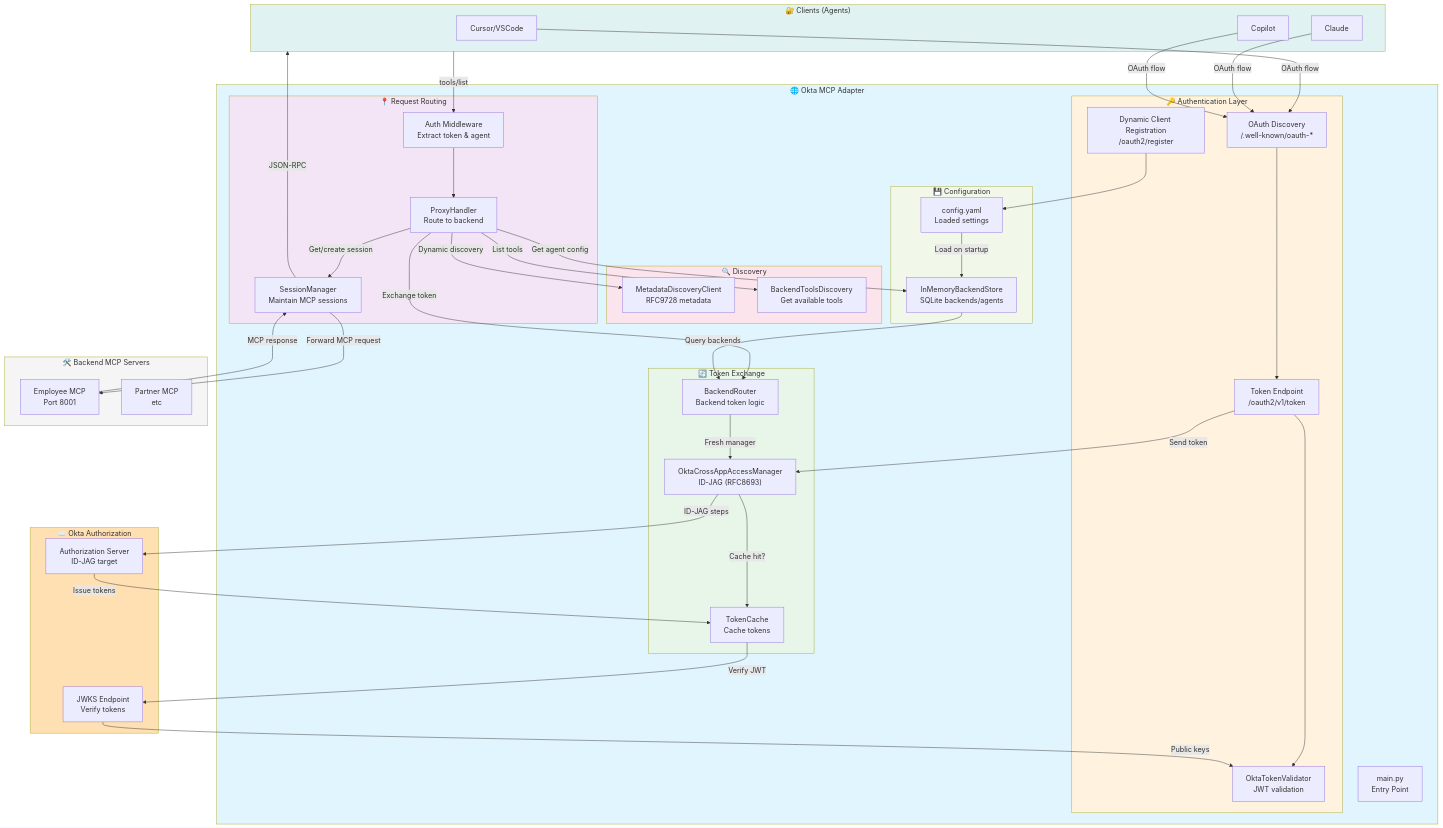
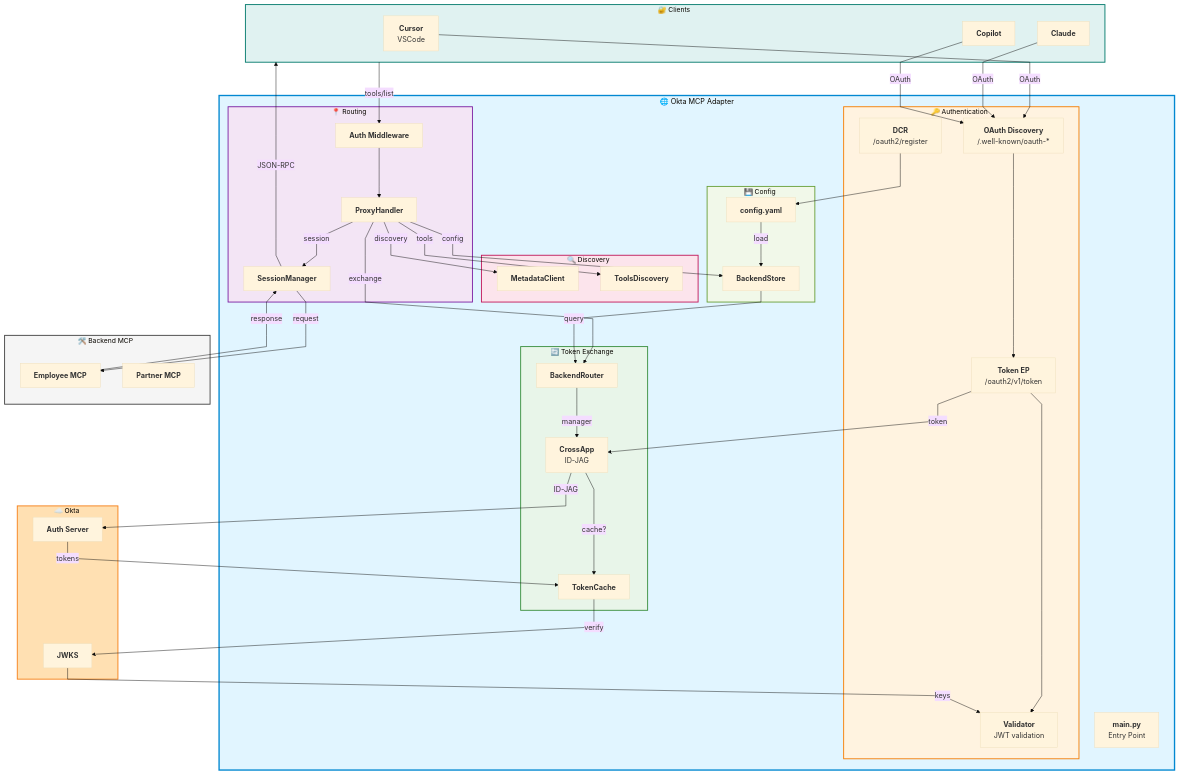
Before and after one commit to indranilokg/okta-agent-mcp-adapter: the first of 4 diagrams in GATEWAY_ARCHITECTURE.md, drawn with Mermaid. The commit also changed other lines of this file and 2 other files, not shown here.

Commit message:
Sequence Flow

````diff
--- a/GATEWAY_ARCHITECTURE.md
+++ b/GATEWAY_ARCHITECTURE.md
@@ -5,97 +5,96 @@
 ```mermaid
+%%{init: {'flowchart': {'htmlLabels': true, 'curve': 'linear'}, 'theme': 'base', 'primaryColor': '#e1f5ff', 'primaryTextColor': '#000', 'fontSize': '18px'}}%%
 graph TB
-    subgraph Clients["🔐 Clients (Agents)"]
-        Cursor["Cursor/VSCode"]
-        Claude["Claude"]
-        Copilot["Copilot"]
+    subgraph Clients["🔐 Clients"]
+        Cursor["<b>Cursor</b><br/>VSCode"]
+        Claude["<b>Claude</b>"]
+        Copilot["<b>Copilot</b>"]
     end
 
     subgraph Adapter["🌐 Okta MCP Adapter"]
-        Main["main.py<br/>Entry Point"]
+        Main["<b>main.py</b><br/>Entry Point"]
         
-        subgraph Auth["🔑 Authentication Layer"]
-            OAuthDisc["OAuth Discovery<br/>/.well-known/oauth-*"]
-            DCR["Dynamic Client Registration<br/>/oauth2/register"]
-            TokenEP["Token Endpoint<br/>/oauth2/v1/token"]
-            Validator["OktaTokenValidator<br/>JWT validation"]
+        subgraph Auth["🔑 Authentication"]
+            OAuthDisc["<b>OAuth Discovery</b><br/>/.well-known/oauth-*"]
+            DCR["<b>DCR</b><br/>/oauth2/register"]
+            TokenEP["<b>Token EP</b><br/>/oauth2/v1/token"]
+            Validator["<b>Validator</b><br/>JWT validation"]
         end
         
-        subgraph Routing["📍 Request Routing"]
-            Middleware["Auth Middleware<br/>Extract token & agent"]
-            ProxyHandler["ProxyHandler<br/>Route to backend"]
-            SessionMgr["SessionManager<br/>Maintain MCP sessions"]
+        subgraph Routing["📍 Routing"]
+            Middleware["<b>Auth Middleware</b>"]
+            ProxyHandler["<b>ProxyHandler</b>"]
+            SessionMgr["<b>SessionManager</b>"]
         end
         
         subgraph Exchange["🔄 Token Exchange"]
-            CrossApp["OktaCrossAppAccessManager<br/>ID-JAG (RFC8693)"]
-            BackendRouter["BackendRouter<br/>Backend token logic"]
-            Cache["TokenCache<br/>Cache tokens"]
+            CrossApp["<b>CrossApp</b><br/>ID-JAG"]
+            BackendRouter["<b>BackendRouter</b>"]
+            Cache["<b>TokenCache</b>"]
         end
         
         subgraph Discovery["🔍 Discovery"]
-            MetadataClient["MetadataDiscoveryClient<br/>RFC9728 metadata"]
-            AuthzClient["BackendToolsDiscovery<br/>Get available tools"]
+            MetadataClient["<b>MetadataClient</b>"]
+            AuthzClient["<b>ToolsDiscovery</b>"]
         end
         
-        subgraph Storage["💾 Configuration"]
-            Store["InMemoryBackendStore<br/>SQLite backends/agents"]
-            Config["config.yaml<br/>Loaded settings"]
+        subgraph Storage["💾 Config"]
+            Store["<b>BackendStore</b>"]
+            Config["<b>config.yaml</b>"]
         end
     end
 
-    subgraph Backends["🛠️ Backend MCP Servers"]
-        Employees["Employee MCP<br/>Port 8001"]
-        Partners["Partner MCP<br/>etc"]
+    subgraph Backends["🛠️ Backend MCP"]
+        Employees["<b>Employee MCP</b>"]
+        Partners["<b>Partner MCP</b>"]
     end
 
-    subgraph Okta["☁️ Okta Authorization"]
-        AuthServer["Authorization Server<br/>ID-JAG target"]
-        JWKS["JWKS Endpoint<br/>Verify tokens"]
+    subgraph Okta["☁️ Okta"]
+        AuthServer["<b>Auth Server</b>"]
+        JWKS["<b>JWKS</b>"]
     end
 
-    %% Client flows
-    Cursor -->|OAuth flow| OAuthDisc
-    Claude -->|OAuth flow| OAuthDisc
-    Copilot -->|OAuth flow| OAuthDisc
+    Cursor -->|OAuth| OAuthDisc
+    Claude -->|OAuth| OAuthDisc
+    Copilot -->|OAuth| OAuthDisc
     
     OAuthDisc --> TokenEP
     DCR --> Config
     TokenEP --> Validator
-    TokenEP -->|Send token| CrossApp
+    TokenEP -->|token| CrossApp
     
-    %% Request flow
     Clients -->|tools/list| Middleware
     Middleware --> ProxyHandler
-    ProxyHandler -->|Get agent config| Store
-    ProxyHandler -->|Exchange token| BackendRouter
+    ProxyHandler -->|config| Store
+    ProxyHandler -->|exchange| BackendRouter
     
-    BackendRouter -->|Fresh manager| CrossApp
-    CrossApp -->|ID-JAG steps| AuthServer
-    CrossApp -->|Cache hit?| Cache
-    Cache -->|Verify JWT| JWKS
+    BackendRouter -->|manager| CrossApp
+    CrossApp -->|ID-JAG| AuthServer
+    CrossApp -->|cache?| Cache
+    Cache -->|verify| JWKS
     
-    ProxyHandler -->|Get/create session| SessionMgr
-    SessionMgr -->|Forward MCP request| Employees
+    ProxyHandler -->|session| SessionMgr
+    SessionMgr -->|request| Employees
     
-    ProxyHandler -->|Dynamic discovery| MetadataClient
-    ProxyHandler -->|List tools| AuthzClient
+    ProxyHandler -->|discovery| MetadataClient
+    ProxyHandler -->|tools| AuthzClient
     
-    Config -->|Load on startup| Store
-    Store -->|Query backends| BackendRouter
+    Config -->|load| Store
+    Store -->|query| BackendRouter
     
-    Employees -->|MCP response| SessionMgr
+    Employees -->|response| SessionMgr
     SessionMgr -->|JSON-RPC| Clients
     
-    AuthServer -->|Issue tokens| Cache
-    JWKS -->|Public keys| Validator
+    AuthServer -->|tokens| Cache
+    JWKS -->|keys| Validator
     
-    style Adapter fill:#e1f5ff
-    style Auth fill:#fff3e0
-    style Routing fill:#f3e5f5
-    style Exchange fill:#e8f5e9
-    style Discovery fill:#fce4ec
-    style Storage fill:#f1f8e9
-    style Okta fill:#ffe0b2
-    style Clients fill:#e0f2f1
-    style Backends fill:#f5f5f5
+    style Adapter fill:#e1f5ff,stroke:#0288d1,stroke-width:3px,font-size:16px
+    style Auth fill:#fff3e0,stroke:#f57c00,stroke-width:2px,font-size:15px
+    style Routing fill:#f3e5f5,stroke:#7b1fa2,stroke-width:2px,font-size:15px
+    style Exchange fill:#e8f5e9,stroke:#388e3c,stroke-width:2px,font-size:15px
+    style Discovery fill:#fce4ec,stroke:#c2185b,stroke-width:2px,font-size:15px
+    style Storage fill:#f1f8e9,stroke:#689f38,stroke-width:2px,font-size:15px
+    style Okta fill:#ffe0b2,stroke:#f57f17,stroke-width:2px,font-size:15px
+    style Clients fill:#e0f2f1,stroke:#00796b,stroke-width:2px,font-size:15px
+    style Backends fill:#f5f5f5,stroke:#424242,stroke-width:2px,font-size:15px
 ```
````
